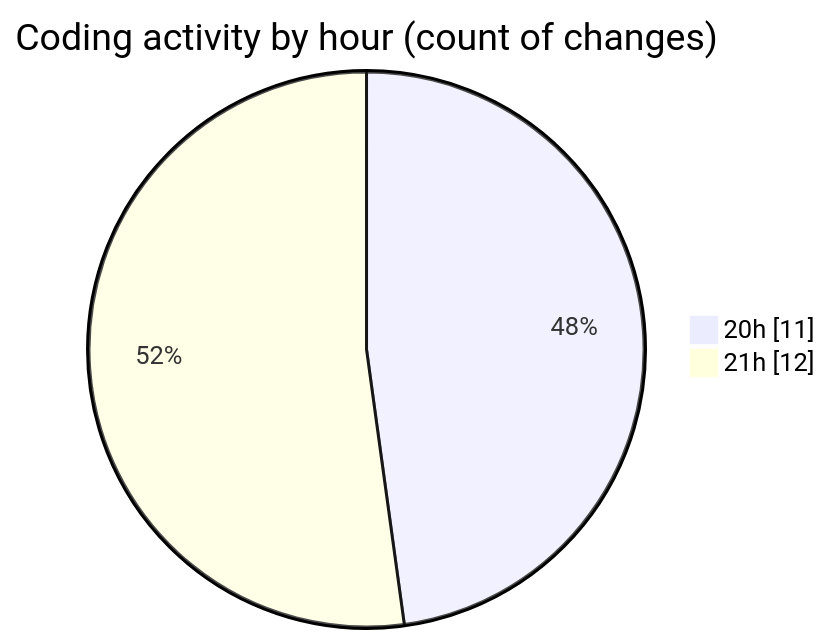
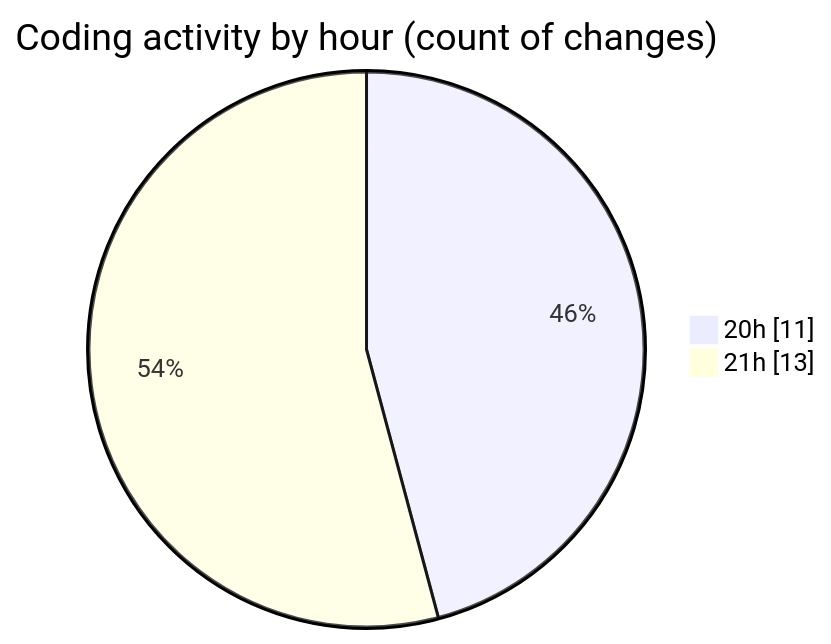
One commit to idhammustaqopulfikri/code-tracking changed the second of 2 diagrams in 2025-04-10/test/README.md. Above: the diagram before and after it, drawn with Mermaid. The commit also changed other lines of this file and 1 other file, not shown here.

````diff
--- a/2025-04-10/test/README.md
+++ b/2025-04-10/test/README.md
@@ -43,6 +43,6 @@
 ```mermaid
 pie showData
 title Coding activity by hour (count of changes)
 "20h" : 11
-"21h" : 12
+"21h" : 13
 ```
````
